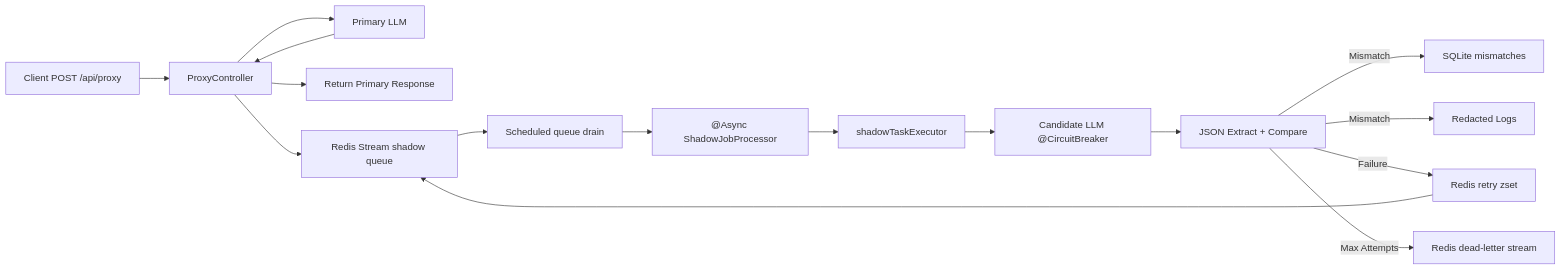
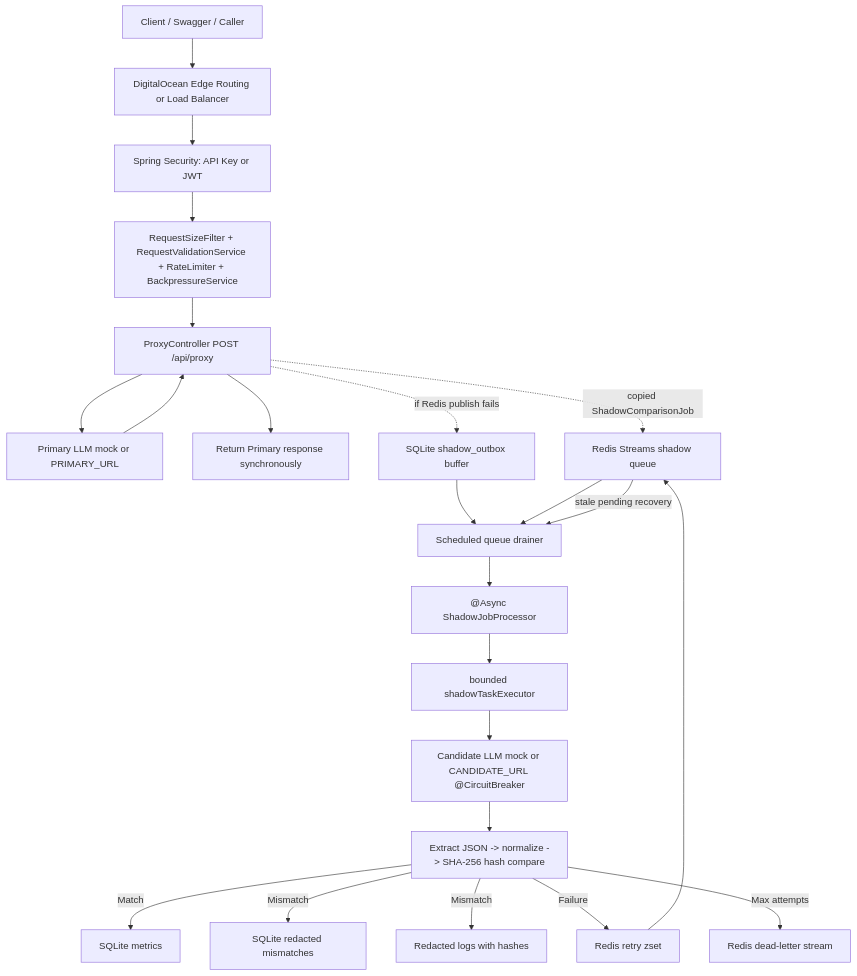
Before and after one commit to Abhispy007/gpt: the diagram in README.md, drawn with Mermaid. The commit also changed other lines of this file and 4 other files, not shown here.

Commit message:
Compare normalized shadow outputs by hash

````diff
--- a/README.md
+++ b/README.md
@@ -9,19 +9,27 @@
 ```mermaid
-flowchart LR
-  Client["Client POST /api/proxy"] --> Proxy["ProxyController"]
-  Proxy --> Primary["Primary LLM"]
+flowchart TB
+  Client["Client / Swagger / Caller"] --> Edge["DigitalOcean Edge Routing or Load Balancer"]
+  Edge --> Security["Spring Security: API Key or JWT"]
+  Security --> Guards["RequestSizeFilter + RequestValidationService + RateLimiter + BackpressureService"]
+  Guards --> Proxy["ProxyController POST /api/proxy"]
+
+  Proxy --> Primary["Primary LLM mock or PRIMARY_URL"]
   Primary --> Proxy
-  Proxy --> Response["Return Primary Response"]
+  Proxy --> Response["Return Primary response synchronously"]
 
-  Proxy --> Queue["Redis Stream shadow queue"]
-  Queue --> Worker["Scheduled queue drain"]
-  Worker --> Async["@Async ShadowJobProcessor"]
-  Async --> Executor["shadowTaskExecutor"]
-  Executor --> Candidate["Candidate LLM @CircuitBreaker"]
-  Candidate --> Compare["JSON Extract + Compare"]
-  Compare -->|Mismatch| Store["SQLite mismatches"]
-  Compare -->|Mismatch| Logs["Redacted Logs"]
+  Proxy -. "copied ShadowComparisonJob" .-> Queue["Redis Streams shadow queue"]
+  Proxy -. "if Redis publish fails" .-> Outbox["SQLite shadow_outbox buffer"]
+  Outbox --> Drainer["Scheduled queue drainer"]
+  Queue --> Drainer
+  Drainer --> Async["@Async ShadowJobProcessor"]
+  Async --> Executor["bounded shadowTaskExecutor"]
+  Executor --> Candidate["Candidate LLM mock or CANDIDATE_URL @CircuitBreaker"]
+  Candidate --> Compare["Extract JSON -> normalize -> SHA-256 hash compare"]
+  Compare -->|Match| Metrics["SQLite metrics"]
+  Compare -->|Mismatch| Store["SQLite redacted mismatches"]
+  Compare -->|Mismatch| Logs["Redacted logs with hashes"]
   Compare -->|Failure| Retry["Redis retry zset"]
   Retry --> Queue
-  Compare -->|Max Attempts| DLQ["Redis dead-letter stream"]
+  Queue -->|stale pending recovery| Drainer
+  Compare -->|Max attempts| DLQ["Redis dead-letter stream"]
 ```
````
